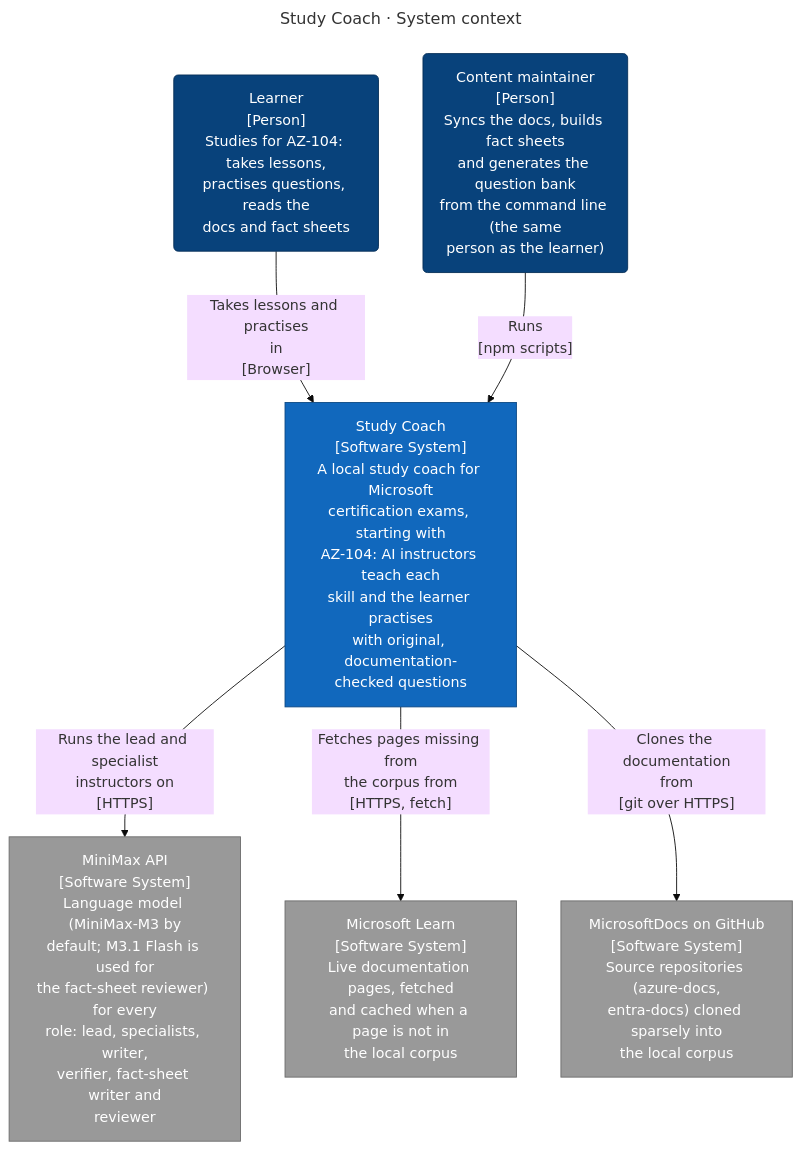
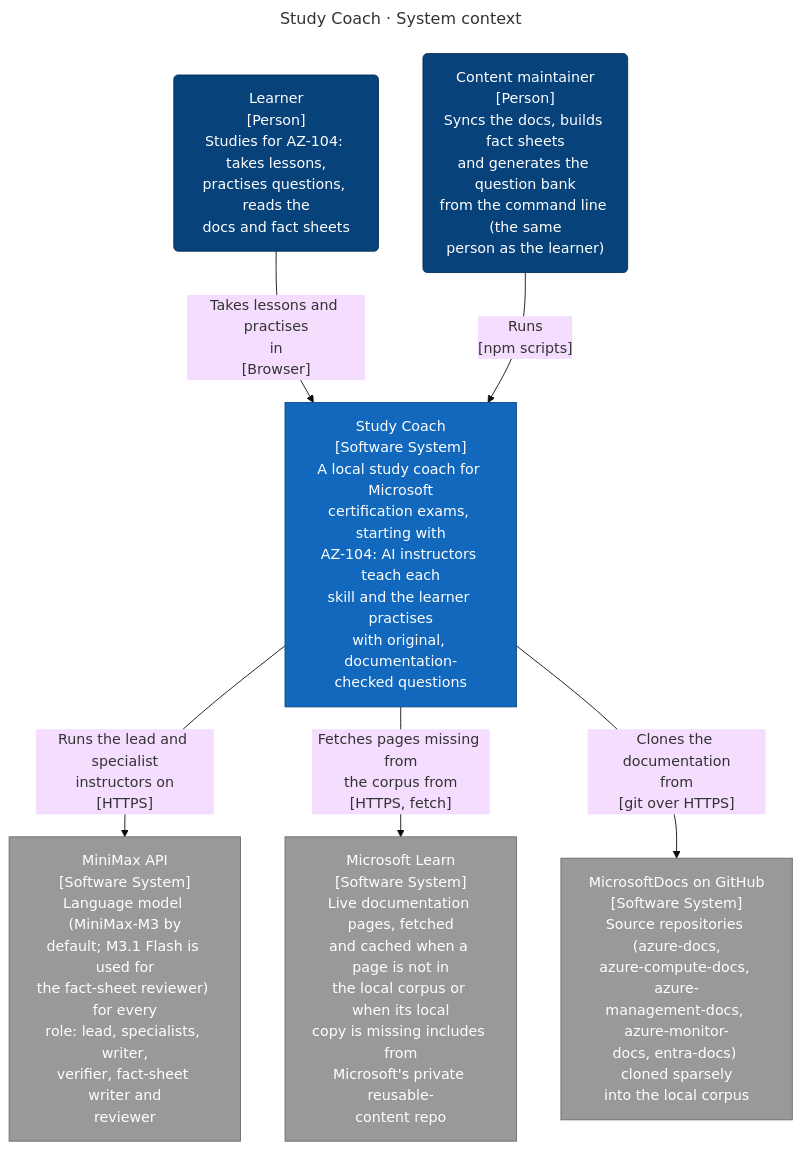
Before and after one commit to ythalorossy/study-coach: the first of 8 diagrams in architecture-docs/study-coach/ArchitectureReport.md, drawn with Mermaid (base theme). The commit also changed other lines of this file and 12 other files, not shown here.

Commit message:
docs: refresh the architecture report for the re-checker, the extra docs repos and the page-reading rules

````diff
--- a/architecture-docs/study-coach/ArchitectureReport.md
+++ b/architecture-docs/study-coach/ArchitectureReport.md
@@ -81,26 +84,26 @@
 ```mermaid
 ---
 title: "Study Coach · System context"
 ---
 flowchart TB
     learner("Learner<br/>[Person]<br/>Studies for AZ-104: takes lessons,<br/>practises questions, reads the<br/>docs and fact sheets")
     maintainer("Content maintainer<br/>[Person]<br/>Syncs the docs, builds fact sheets<br/>and generates the question bank<br/>from the command line (the same<br/>person as the learner)")
     system["Study Coach<br/>[Software System]<br/>A local study coach for Microsoft<br/>certification exams, starting with<br/>AZ-104: AI instructors teach each<br/>skill and the learner practises<br/>with original, documentation-<br/>checked questions"]
     ext_minimax["MiniMax API<br/>[Software System]<br/>Language model (MiniMax-M3 by<br/>default; M3.1 Flash is used for<br/>the fact-sheet reviewer) for every<br/>role: lead, specialists, writer,<br/>verifier, fact-sheet writer and<br/>reviewer"]
-    ext_learn["Microsoft Learn<br/>[Software System]<br/>Live documentation pages, fetched<br/>and cached when a page is not in<br/>the local corpus"]
-    ext_github_docs["MicrosoftDocs on GitHub<br/>[Software System]<br/>Source repositories (azure-docs,<br/>entra-docs) cloned sparsely into<br/>the local corpus"]
+    ext_learn["Microsoft Learn<br/>[Software System]<br/>Live documentation pages, fetched<br/>and cached when a page is not in<br/>the local corpus or when its local<br/>copy is missing includes from<br/>Microsoft's private reusable-<br/>content repo"]
+    ext_github_docs["MicrosoftDocs on GitHub<br/>[Software System]<br/>Source repositories (azure-docs,<br/>azure-compute-docs, azure-<br/>management-docs, azure-monitor-<br/>docs, entra-docs) cloned sparsely<br/>into the local corpus"]
     learner -->|"Takes lessons and practises<br/>in<br/>[Browser]"| system
     maintainer -->|"Runs<br/>[npm scripts]"| system
     system -->|"Runs the lead and specialist<br/>instructors on<br/>[HTTPS]"| ext_minimax
     system -->|"Fetches pages missing from<br/>the corpus from<br/>[HTTPS, fetch]"| ext_learn
     system -->|"Clones the documentation<br/>from<br/>[git over HTTPS]"| ext_github_docs
     classDef person fill:#08427b,stroke:#052e56,color:#ffffff
     classDef container fill:#1168bd,stroke:#0b4884,color:#ffffff
     classDef system fill:#1168bd,stroke:#0b4884,color:#ffffff
     classDef component fill:#85bbf0,stroke:#5d82a8,color:#000000
     classDef external fill:#999999,stroke:#6b6b6b,color:#ffffff
     classDef shared fill:#dbe9f6,stroke:#5d82a8,color:#000000,stroke-dasharray:4 3
     class learner,maintainer person
     class system system
     class ext_minimax,ext_learn,ext_github_docs external
 ```
````
